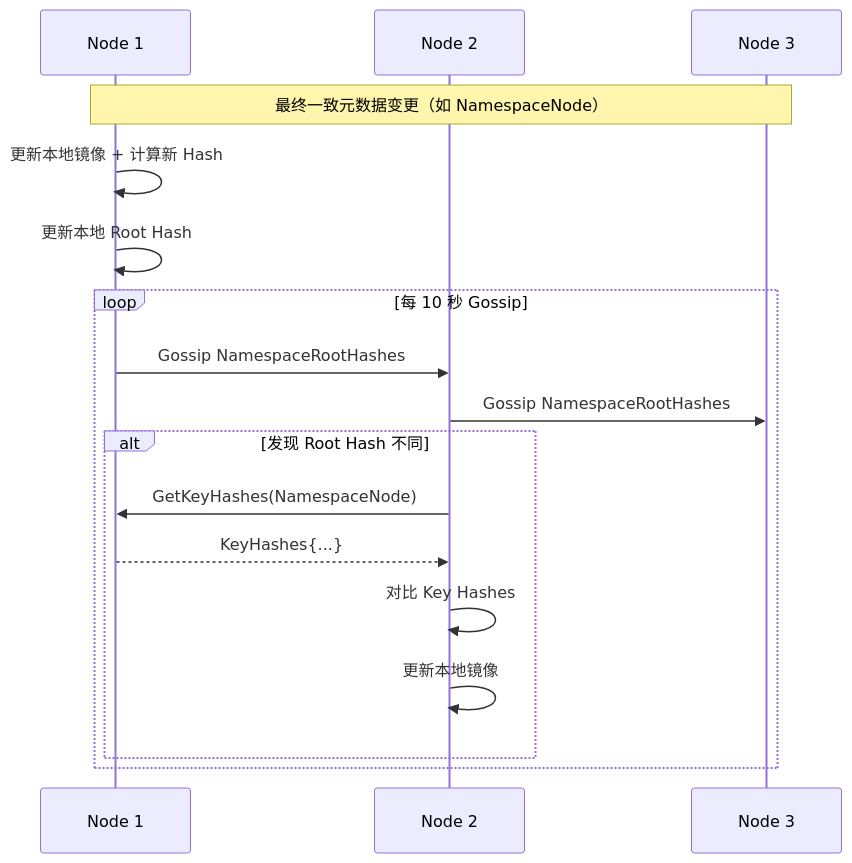
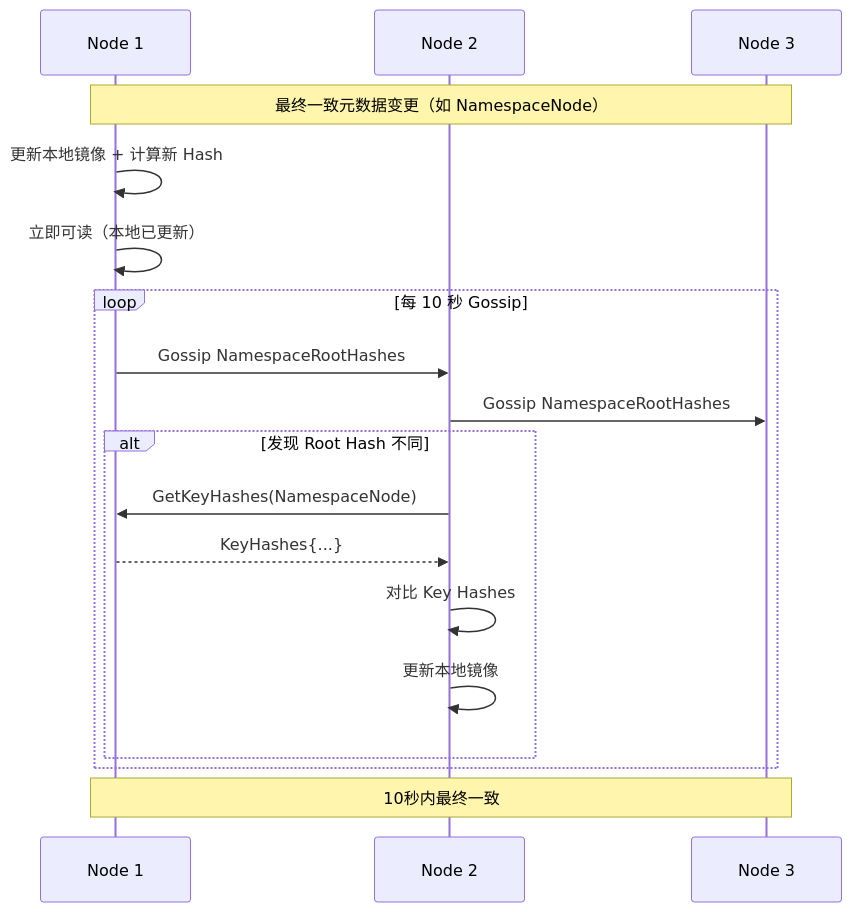
One commit to jzhang405/NexKV changed the fourth of 4 diagrams in docs/07_spike/tree-coordinator-merkle-tree.md. Above: the diagram before and after it, drawn with Mermaid. The commit also changed other lines of this file, not shown here.

````diff
--- a/docs/07_spike/tree-coordinator-merkle-tree.md
+++ b/docs/07_spike/tree-coordinator-merkle-tree.md
@@ -379,23 +287,25 @@
 ```mermaid
 sequenceDiagram
     participant N1 as Node 1
     participant N2 as Node 2
     participant N3 as Node 3
 
     Note over N1,N3: 最终一致元数据变更（如 NamespaceNode）
 
     N1->>N1: 更新本地镜像 + 计算新 Hash
-    N1->>N1: 更新本地 Root Hash
+    N1->>N1: 立即可读（本地已更新）
 
     loop 每 10 秒 Gossip
         N1->>N2: Gossip NamespaceRootHashes
         N2->>N3: Gossip NamespaceRootHashes
 
         alt 发现 Root Hash 不同
             N2->>N1: GetKeyHashes(NamespaceNode)
             N1-->>N2: KeyHashes{...}
             N2->>N2: 对比 Key Hashes
             N2->>N2: 更新本地镜像
         end
     end
+
+    Note over N1,N3: 10秒内最终一致
 ```
````
